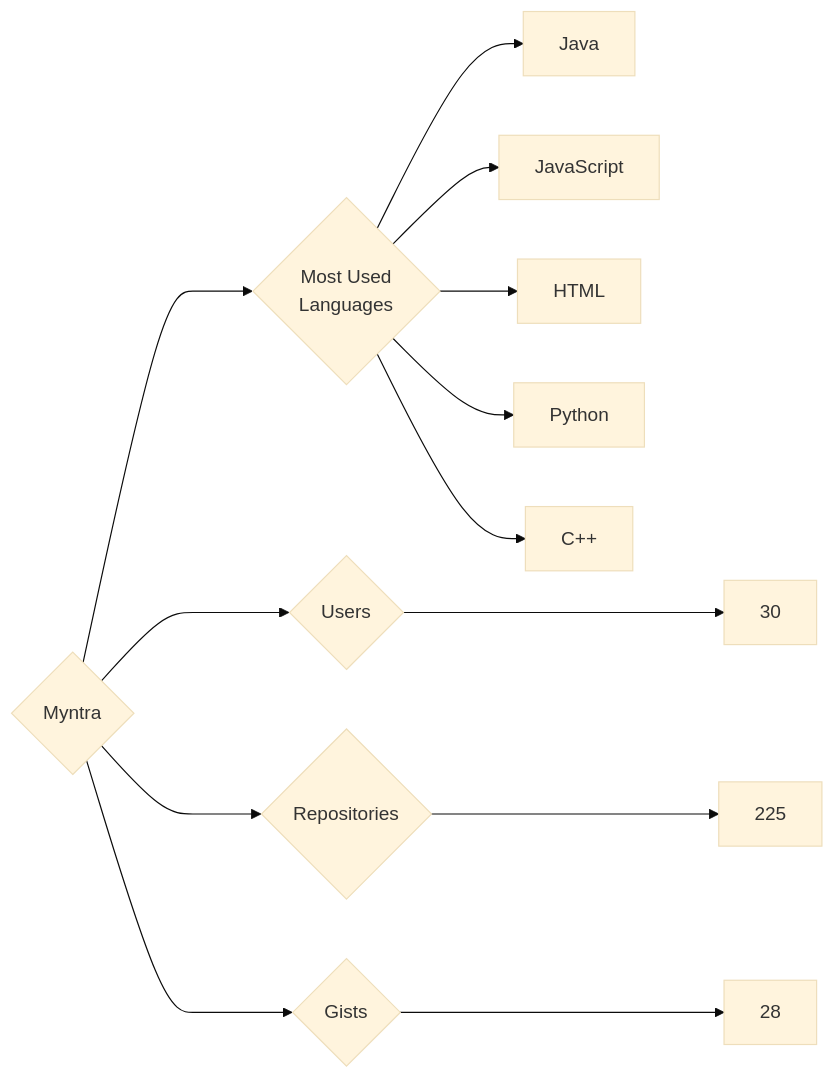
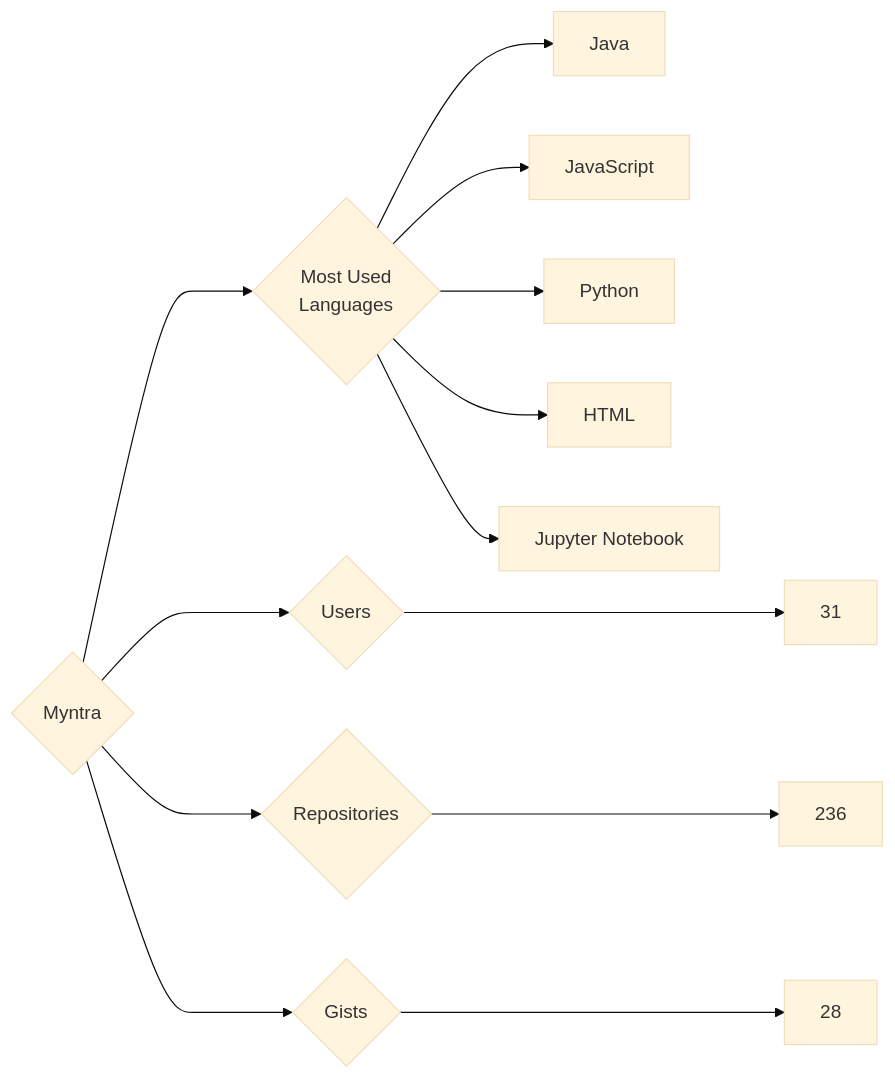
One commit to trickest/insiders changed the diagram in targets/Myntra/README.md. Above: the diagram before and after it, drawn with Mermaid (base theme). The commit also changed 969 other files, not shown here.

````diff
--- a/targets/Myntra/README.md
+++ b/targets/Myntra/README.md
@@ -3,13 +3,13 @@
 ```mermaid
 graph LR
 COMPANY_NAME{Myntra}
-COMPANY_NAME ---> U{Users} ---> UN[30]
-COMPANY_NAME ---> R{Repositories} ---> RN[225]
+COMPANY_NAME ---> U{Users} ---> UN[31]
+COMPANY_NAME ---> R{Repositories} ---> RN[236]
 COMPANY_NAME ---> G{Gists} ---> GN[28]
 COMPANY_NAME ---> ML{Most Used<br>Languages}
 ML --> Java[Java]
 ML --> JavaScript[JavaScript]
+ML --> Python[Python]
 ML --> HTML[HTML]
-ML --> Python[Python]
-ML --> C++[C++]
+ML --> Jupyter_Notebook[Jupyter Notebook]
 ```
````
